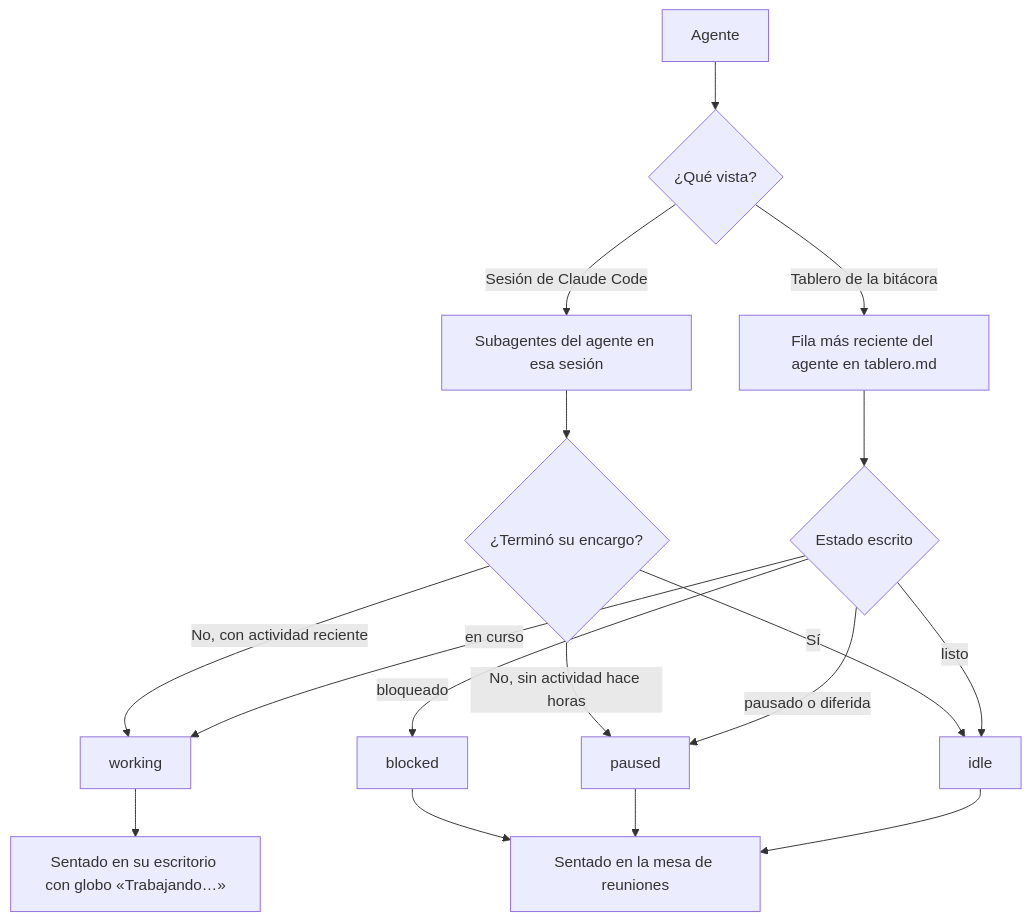
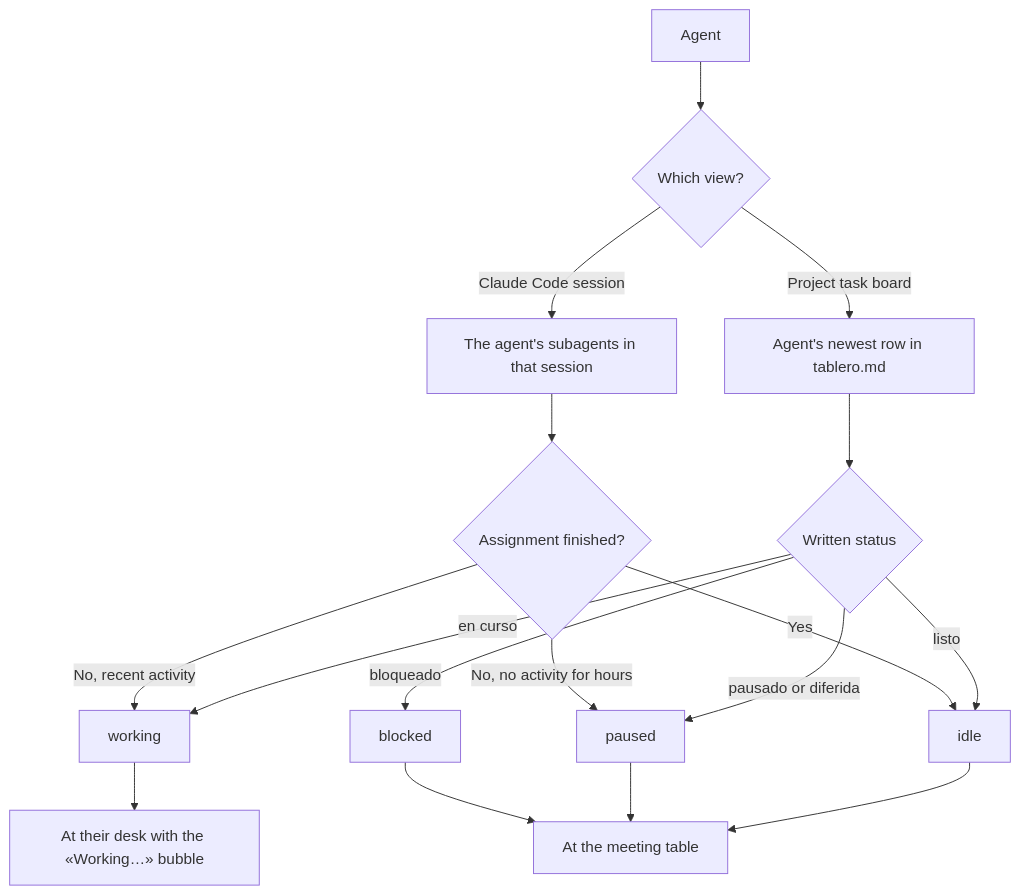
Before and after one commit to nathaliascode/agents-office: the third of 3 diagrams in README.md, drawn with Mermaid. The commit also changed other lines of this file and 2 other files, not shown here.

````diff
--- a/README.md
+++ b/README.md
@@ -121,19 +122,19 @@
 ```mermaid
 flowchart TD
-    A[Agente] --> V{¿Qué vista?}
-    V -->|Tablero de la bitácora| T[Fila más reciente del agente en tablero.md]
-    V -->|Sesión de Claude Code| S[Subagentes del agente en esa sesión]
-    T --> E{Estado escrito}
-    S --> F{¿Terminó su encargo?}
-    F -->|No, con actividad reciente| W[working]
-    F -->|No, sin actividad hace horas| P[paused]
-    F -->|Sí| L[idle]
+    A[Agent] --> V{Which view?}
+    V -->|Project task board| T[Agent's newest row in tablero.md]
+    V -->|Claude Code session| S[The agent's subagents in that session]
+    T --> E{Written status}
+    S --> F{Assignment finished?}
+    F -->|No, recent activity| W[working]
+    F -->|No, no activity for hours| P[paused]
+    F -->|Yes| L[idle]
     E -->|en curso| W
     E -->|bloqueado| X[blocked]
-    E -->|pausado o diferida| P
+    E -->|pausado or diferida| P
     E -->|listo| L
-    W --> D[Sentado en su escritorio con globo «Trabajando…»]
-    X --> M[Sentado en la mesa de reuniones]
+    W --> D[At their desk with the «Working…» bubble]
+    X --> M[At the meeting table]
     P --> M
     L --> M
 ```
````
